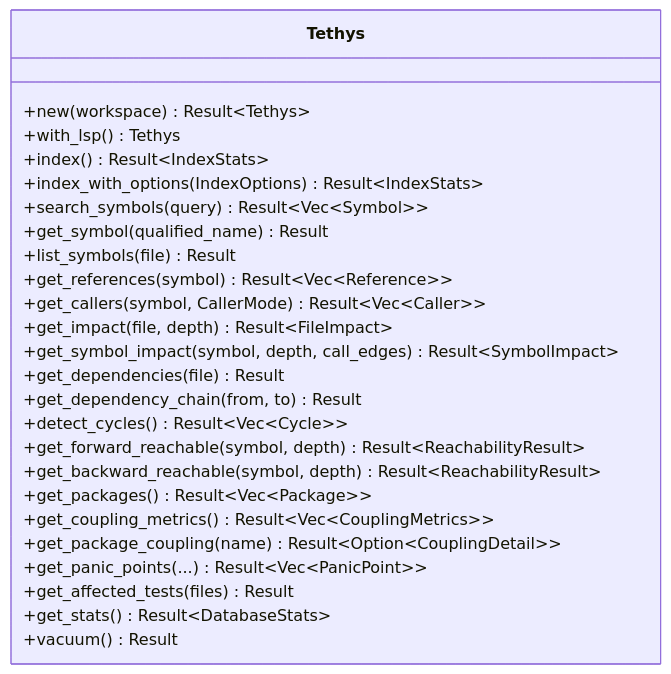
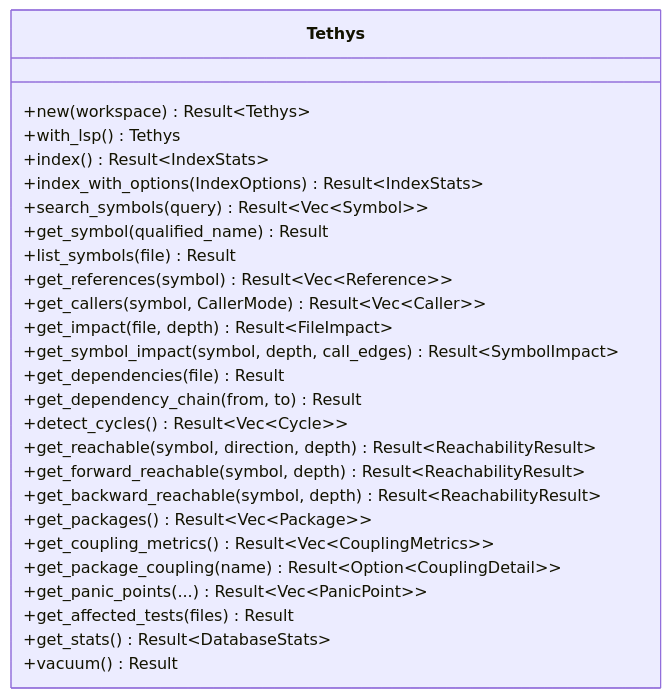
Before and after one commit to dwalleck/tethys: the diagram in .agents/summary/interfaces.md, drawn with Mermaid. The commit also changed 29 other files, not shown here.

````diff
--- a/.agents/summary/interfaces.md
+++ b/.agents/summary/interfaces.md
@@ -48,28 +48,29 @@
 ```mermaid
 classDiagram
     class Tethys {
         +new(workspace) Result~Tethys~
         +with_lsp() Tethys
         +index() Result~IndexStats~
         +index_with_options(IndexOptions) Result~IndexStats~
         +search_symbols(query) Result~Vec~Symbol~~
         +get_symbol(qualified_name) Result
         +list_symbols(file) Result
         +get_references(symbol) Result~Vec~Reference~~
         +get_callers(symbol, CallerMode) Result~Vec~Caller~~
         +get_impact(file, depth) Result~FileImpact~
         +get_symbol_impact(symbol, depth, call_edges) Result~SymbolImpact~
         +get_dependencies(file) Result
         +get_dependency_chain(from, to) Result
         +detect_cycles() Result~Vec~Cycle~~
+        +get_reachable(symbol, direction, depth) Result~ReachabilityResult~
         +get_forward_reachable(symbol, depth) Result~ReachabilityResult~
         +get_backward_reachable(symbol, depth) Result~ReachabilityResult~
         +get_packages() Result~Vec~Package~~
         +get_coupling_metrics() Result~Vec~CouplingMetrics~~
         +get_package_coupling(name) Result~Option~CouplingDetail~~
         +get_panic_points(...) Result~Vec~PanicPoint~~
         +get_affected_tests(files) Result
         +get_stats() Result~DatabaseStats~
         +vacuum() Result
     }
 ```
````
